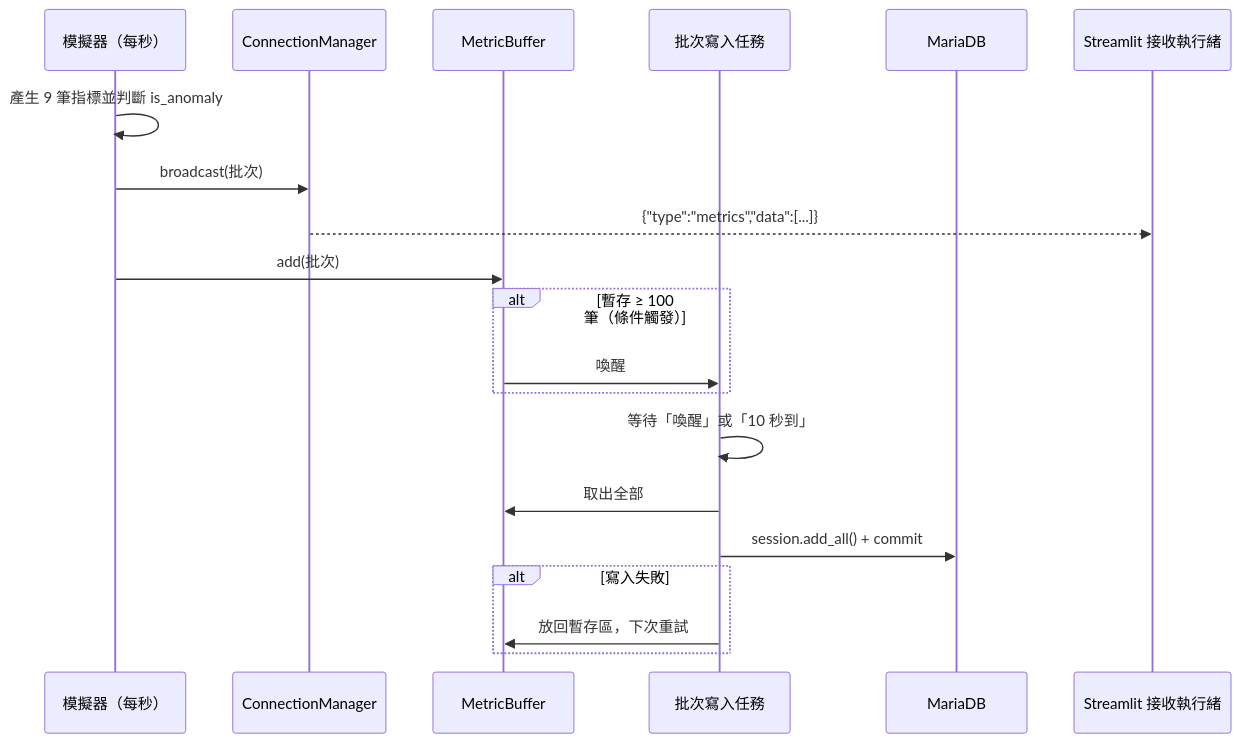
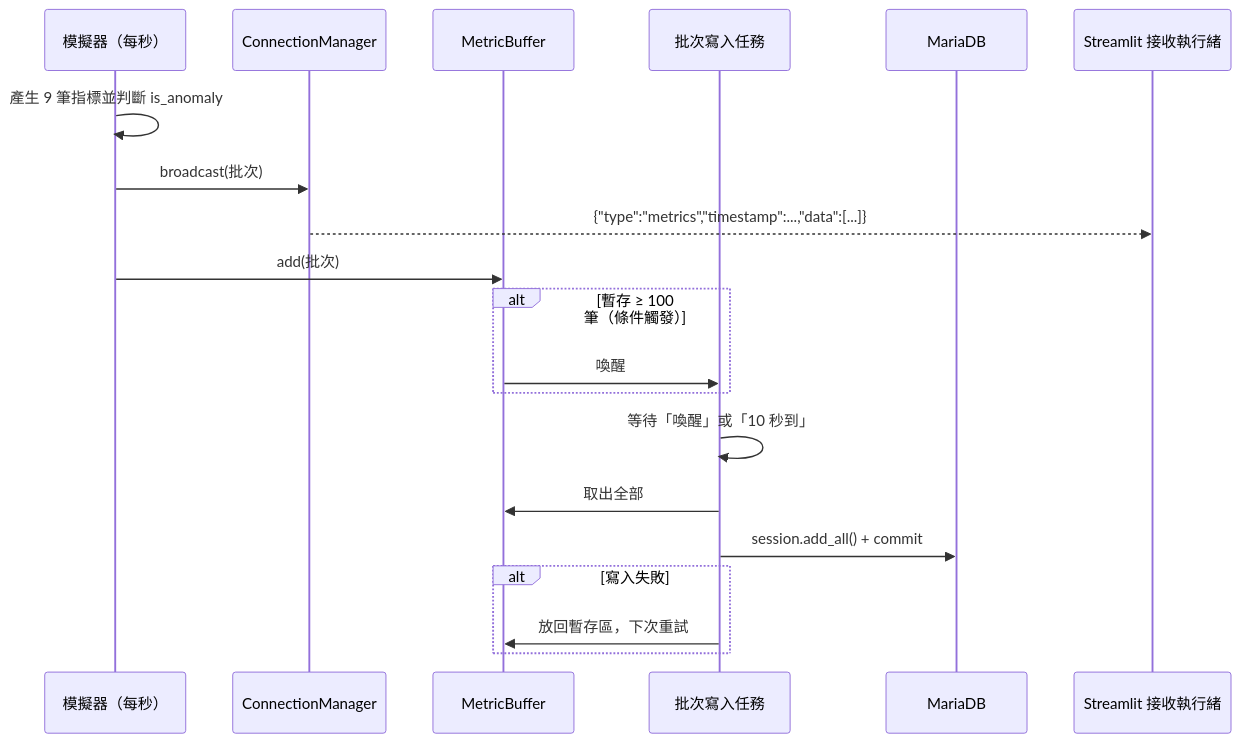
One commit to ASiCo1116/analytics-monitoring-system changed the third of 4 diagrams in README.md. Above: the diagram before and after it, drawn with Mermaid. The commit also changed other lines of this file, not shown here.

First line of the commit message:
docs: make the README diagrams match the code

````diff
--- a/README.md
+++ b/README.md
@@ -190,23 +192,23 @@
 ```mermaid
 sequenceDiagram
     participant G as 模擬器（每秒）
     participant M as ConnectionManager
     participant B as MetricBuffer
     participant W as 批次寫入任務
     participant DB as MariaDB
     participant F as Streamlit 接收執行緒
 
     G->>G: 產生 9 筆指標並判斷 is_anomaly
     G->>M: broadcast(批次)
-    M-->>F: {"type":"metrics","data":[...]}
+    M-->>F: {"type":"metrics","timestamp":...,"data":[...]}
     G->>B: add(批次)
     alt 暫存 ≥ 100 筆（條件觸發）
         B->>W: 喚醒
     end
     W->>W: 等待「喚醒」或「10 秒到」
     W->>B: 取出全部
     W->>DB: session.add_all() + commit
     alt 寫入失敗
         W->>B: 放回暫存區，下次重試
     end
 ```
````
